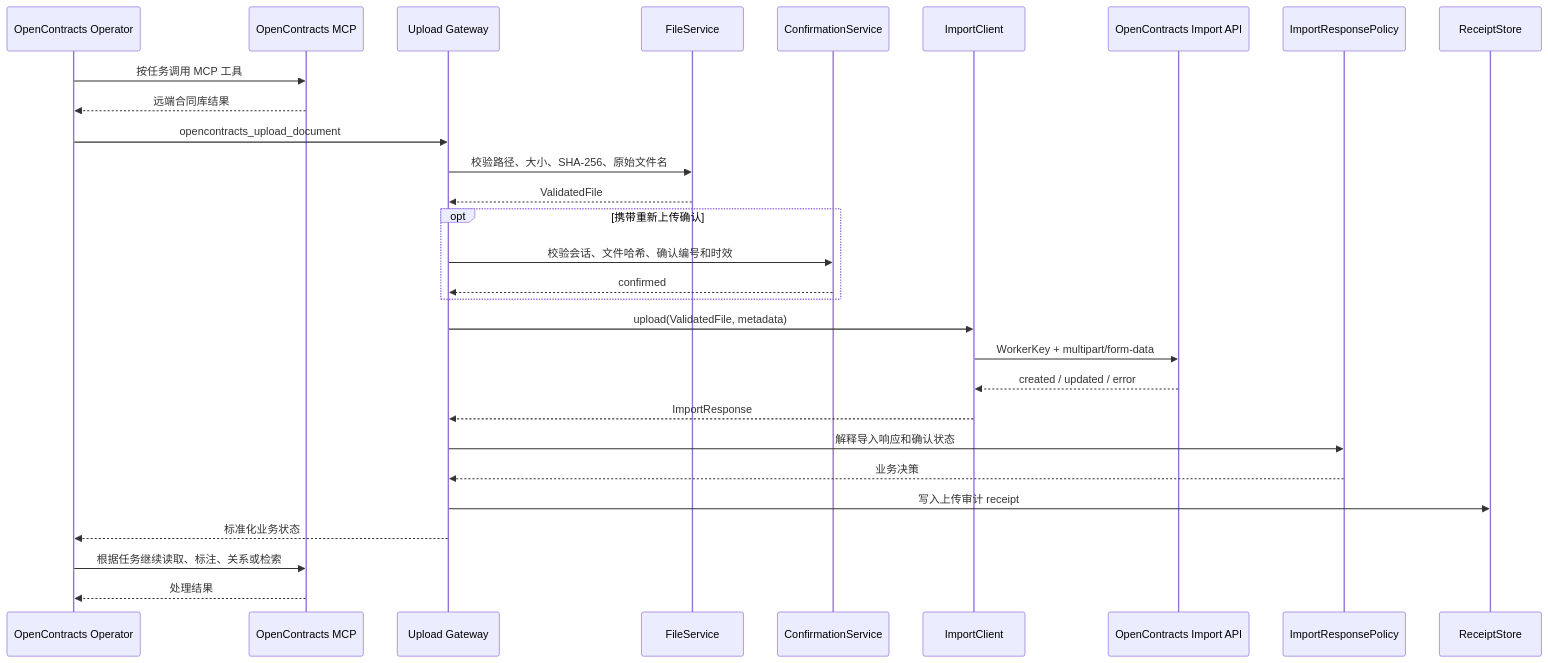
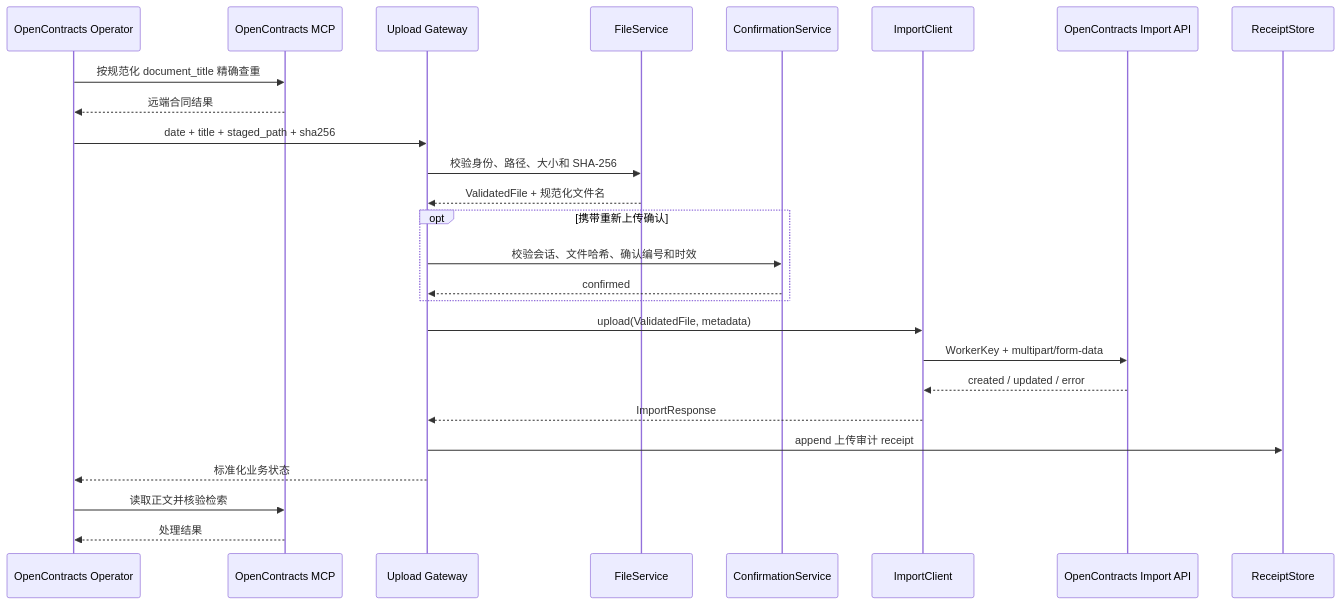
One commit to Ri0n72Y/ContractBotConfig changed the second of 3 diagrams in plugins/astrbot_plugin_opencontracts_gateway/README.md. Above: the diagram before and after it, drawn with Mermaid. The commit also changed other lines of this file, not shown here.

````diff
--- a/plugins/astrbot_plugin_opencontracts_gateway/README.md
+++ b/plugins/astrbot_plugin_opencontracts_gateway/README.md
@@ -49,32 +52,29 @@
 ```mermaid
 sequenceDiagram
     participant O as OpenContracts Operator
     participant M as OpenContracts MCP
     participant G as Upload Gateway
     participant V as FileService
     participant C as ConfirmationService
     participant I as ImportClient
     participant API as OpenContracts Import API
-    participant P as ImportResponsePolicy
     participant R as ReceiptStore
 
-    O->>M: 按任务调用 MCP 工具
-    M-->>O: 远端合同库结果
-    O->>G: opencontracts_upload_document
-    G->>V: 校验路径、大小、SHA-256、原始文件名
-    V-->>G: ValidatedFile
+    O->>M: 按规范化 document_title 精确查重
+    M-->>O: 远端合同结果
+    O->>G: date + title + staged_path + sha256
+    G->>V: 校验身份、路径、大小和 SHA-256
+    V-->>G: ValidatedFile + 规范化文件名
     opt 携带重新上传确认
         G->>C: 校验会话、文件哈希、确认编号和时效
         C-->>G: confirmed
     end
     G->>I: upload(ValidatedFile, metadata)
     I->>API: WorkerKey + multipart/form-data
     API-->>I: created / updated / error
     I-->>G: ImportResponse
-    G->>P: 解释导入响应和确认状态
-    P-->>G: 业务决策
-    G->>R: 写入上传审计 receipt
+    G->>R: append 上传审计 receipt
     G-->>O: 标准化业务状态
-    O->>M: 根据任务继续读取、标注、关系或检索
+    O->>M: 读取正文并核验检索
     M-->>O: 处理结果
 ```
````
